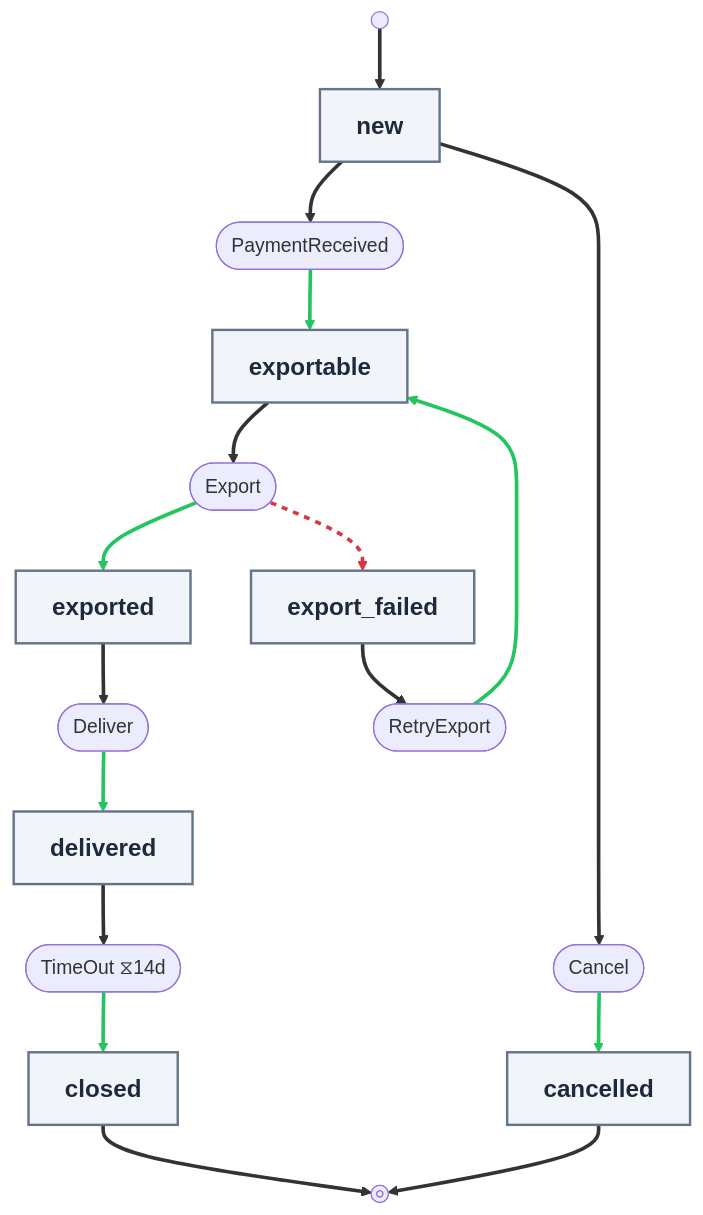
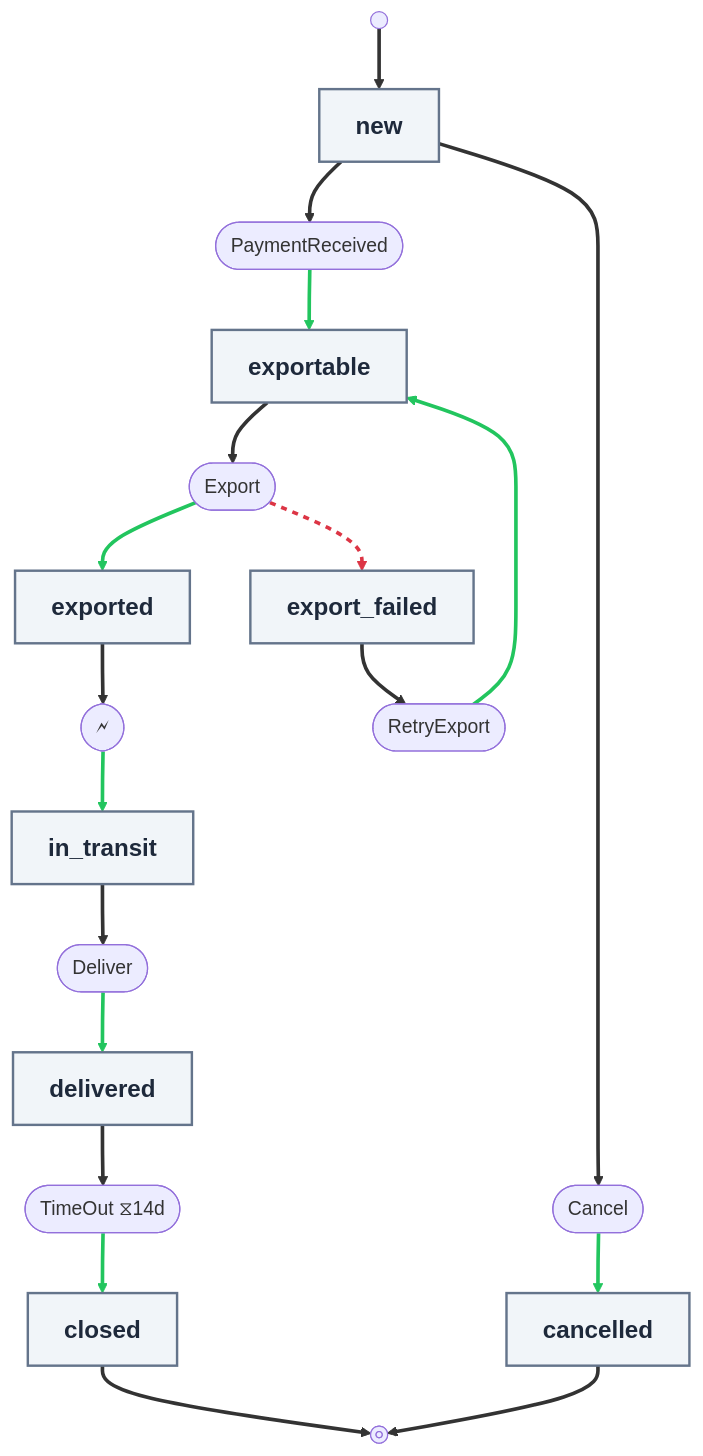
Before and after one commit to camcima/duraflows: the first of 2 diagrams in README.md, drawn with Mermaid. The commit also changed other lines of this file, not shown here.

Commit message:
docs: add onEnter example to README order workflow
Split the export flow so exported state has an onEnter that
auto-transitions to in_transit after notifying the customer,
illustrating the onEnter feature in the main example.

````diff
--- a/README.md
+++ b/README.md
@@ -59,48 +59,53 @@
 ```mermaid
 flowchart TB
 
     classDef stateNode fill:#f1f5f9,stroke:#64748b,stroke-width:2px,color:#1e293b,font-size:20px
 
     _start@{ shape: sm-circ }
     new["<b>new</b>"]:::stateNode
     exportable["<b>exportable</b>"]:::stateNode
     exported["<b>exported</b>"]:::stateNode
+    in_transit["<b>in_transit</b>"]:::stateNode
     delivered["<b>delivered</b>"]:::stateNode
     closed["<b>closed</b>"]:::stateNode
     cancelled["<b>cancelled</b>"]:::stateNode
     export_failed["<b>export_failed</b>"]:::stateNode
     _end@{ shape: framed-circle }
 
     _start --> new
 
     new__PaymentReceived(["PaymentReceived"])
     new --> new__PaymentReceived
     new__PaymentReceived --> exportable
     new__Cancel(["Cancel"])
     new --> new__Cancel
     new__Cancel --> cancelled
 
     exportable__Export(["Export"])
     exportable --> exportable__Export
     exportable__Export --> exported
     exportable__Export --> export_failed
 
-    exported__Deliver(["Deliver"])
-    exported --> exported__Deliver
-    exported__Deliver --> delivered
+    exported__onEnter(["🗲"])
+    exported --> exported__onEnter
+    exported__onEnter --> in_transit
+
+    in_transit__Deliver(["Deliver"])
+    in_transit --> in_transit__Deliver
+    in_transit__Deliver --> delivered
 
     delivered__TimeOut(["TimeOut ⧖14d"])
     delivered --> delivered__TimeOut
     delivered__TimeOut --> closed
 
     export_failed__RetryExport(["RetryExport"])
     export_failed --> export_failed__RetryExport
     export_failed__RetryExport --> exportable
 
     closed --> _end
     cancelled --> _end
 
-    linkStyle 0,1,3,5,8,10,12,14,15 stroke-width:3px
-    linkStyle 2,4,6,9,11,13 stroke:#22c55e,stroke-width:3px
+    linkStyle 0,1,3,5,8,10,12,14,16,17 stroke-width:3px
+    linkStyle 2,4,6,9,11,13,15 stroke:#22c55e,stroke-width:3px
     linkStyle 7 stroke:#dc3545,stroke-width:3px,stroke-dasharray:5
 ```
````
